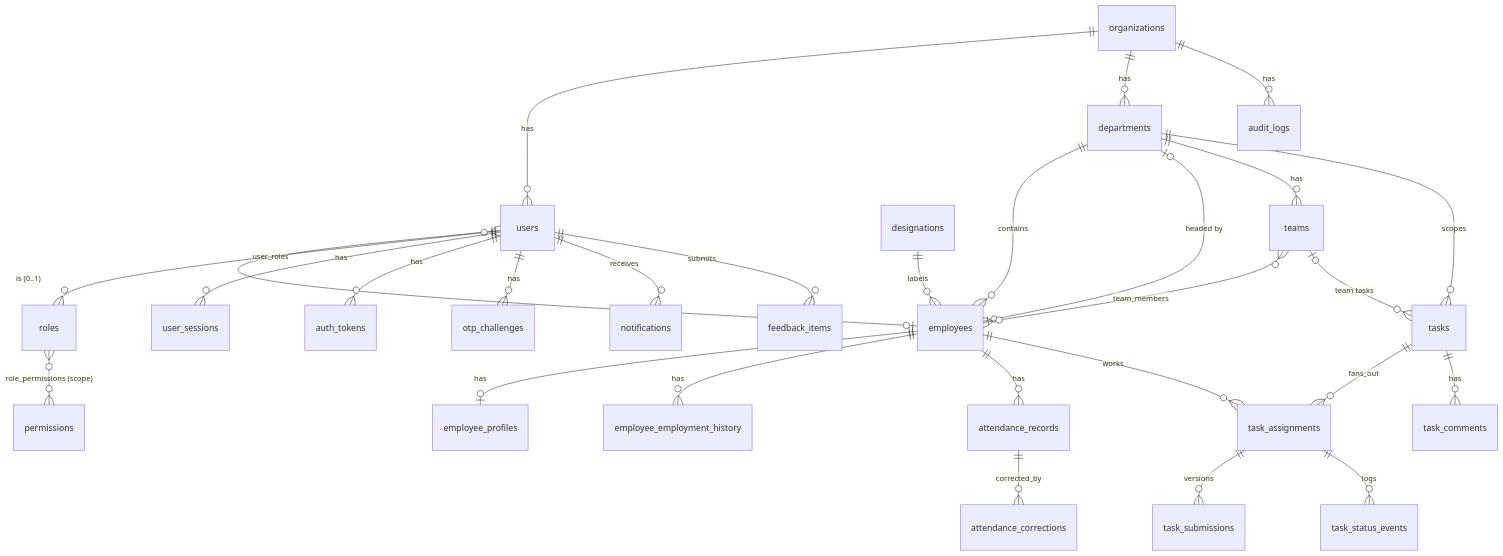
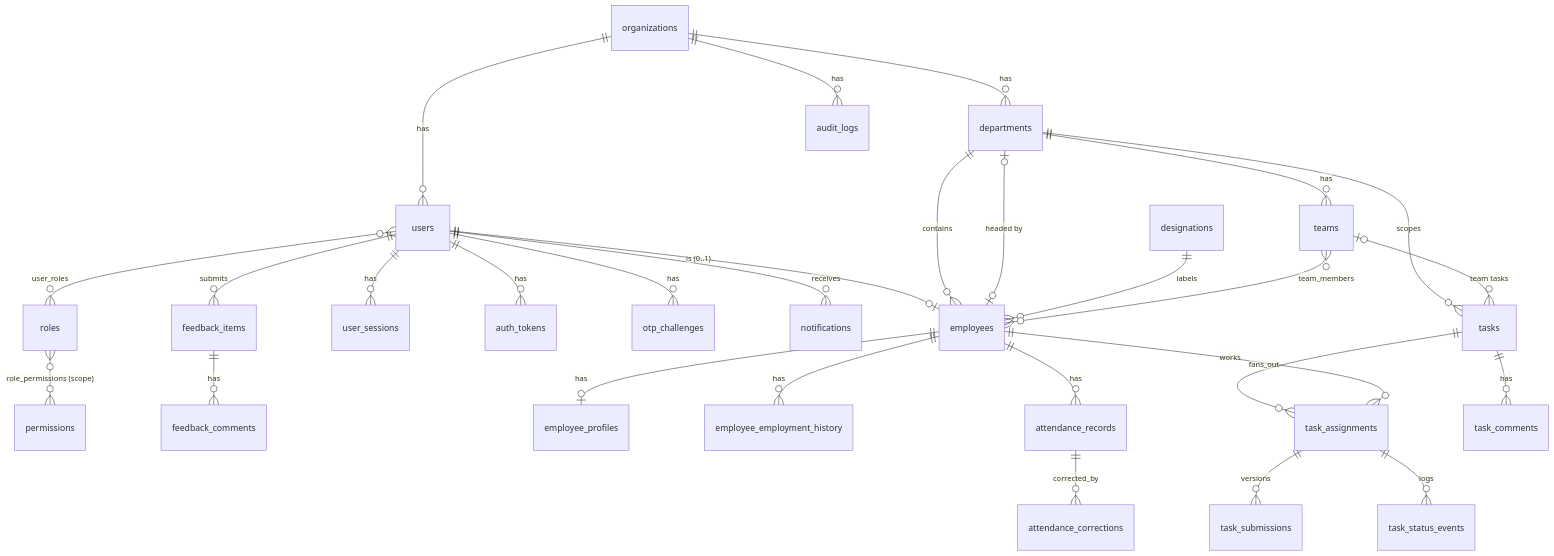
The diagram in docs/TAD.md (Bistech-io/bistech_ems_server), drawn with Mermaid before and after one commit. The commit also changed other lines of this file and 3 other files, not shown here.

Commit message:
fix(board): add feedback_comments migration, sync schema docs, and allow feedback.manage notices

````diff
--- a/docs/TAD.md
+++ b/docs/TAD.md
@@ -1455,30 +1474,31 @@
 ```mermaid
 erDiagram
   organizations ||--o{ users : has
   organizations ||--o{ departments : has
   organizations ||--o{ audit_logs : has
   users ||--o| employees : "is (0..1)"
   users }o--o{ roles : user_roles
   roles }o--o{ permissions : "role_permissions (scope)"
   users ||--o{ user_sessions : has
   users ||--o{ auth_tokens : has
   users ||--o{ otp_challenges : has
   users ||--o{ notifications : receives
   users ||--o{ feedback_items : submits
+  feedback_items ||--o{ feedback_comments : has
   departments ||--o{ employees : contains
   departments o|--o| employees : "headed by"
   designations ||--o{ employees : labels
   employees ||--o| employee_profiles : has
   employees ||--o{ employee_employment_history : has
   employees ||--o{ attendance_records : has
   attendance_records ||--o{ attendance_corrections : corrected_by
   departments ||--o{ teams : has
   teams }o--o{ employees : team_members
   departments ||--o{ tasks : scopes
   teams o|--o{ tasks : "team tasks"
   tasks ||--o{ task_assignments : fans_out
   employees ||--o{ task_assignments : works
   task_assignments ||--o{ task_submissions : versions
   task_assignments ||--o{ task_status_events : logs
   tasks ||--o{ task_comments : has
 ```
````
